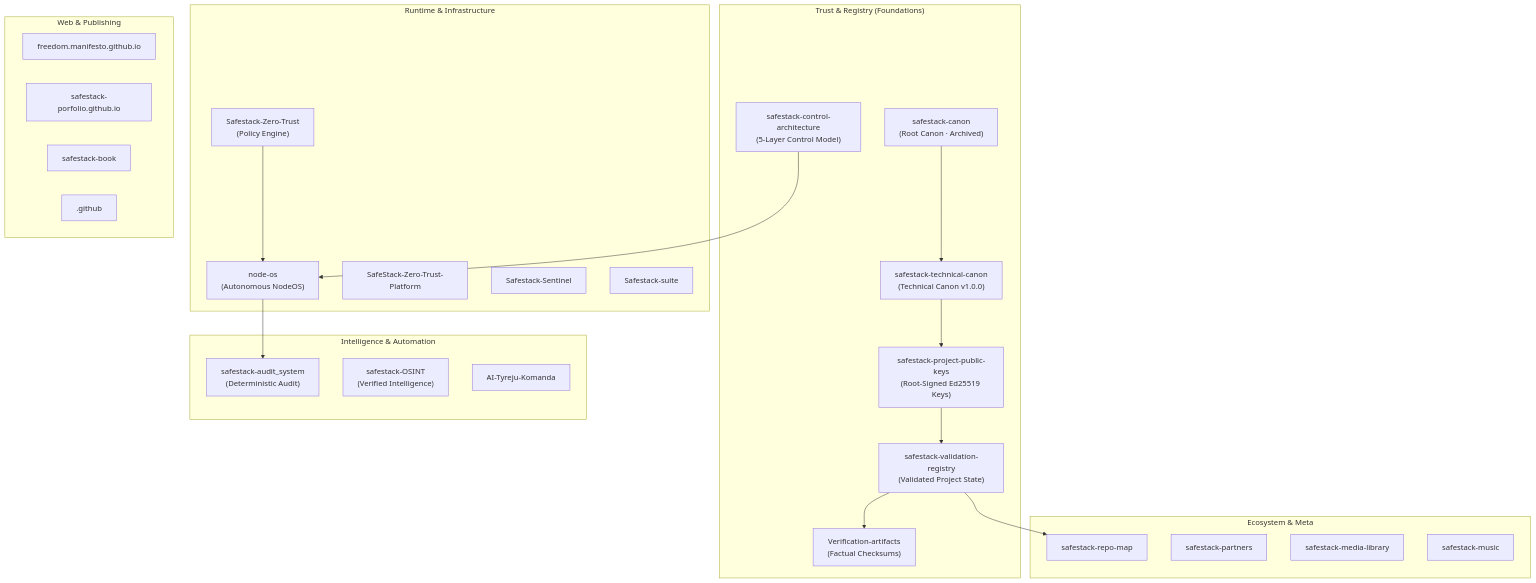
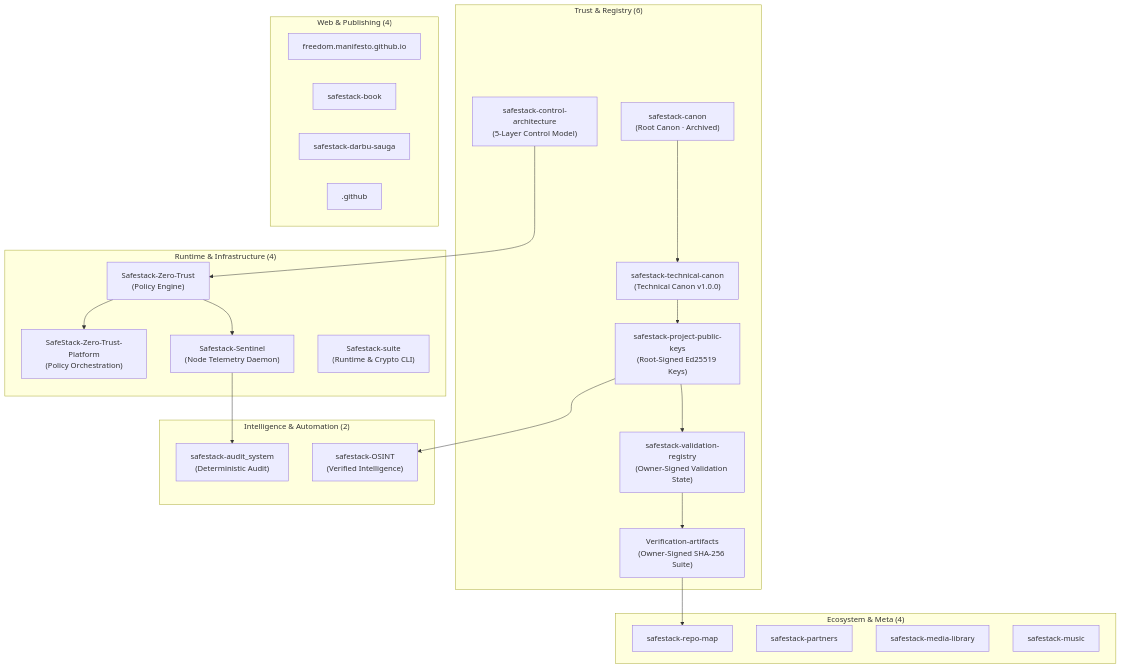
Before and after one commit to kibernetinio-saugumo-sprendimai/safestack-repo-map: the diagram in REPOSITORY_TREE.md, drawn with Mermaid. The commit also changed other lines of this file and 5 other files, not shown here.

````diff
--- a/REPOSITORY_TREE.md
+++ b/REPOSITORY_TREE.md
@@ -46,48 +44,48 @@
 ```mermaid
 flowchart TD
-  subgraph TRUST["Trust & Registry (Foundations)"]
+  subgraph TRUST["Trust & Registry (6)"]
     CANON["safestack-canon<br/>(Root Canon · Archived)"]
     TECH["safestack-technical-canon<br/>(Technical Canon v1.0.0)"]
     KEYS["safestack-project-public-keys<br/>(Root-Signed Ed25519 Keys)"]
-    VAL["safestack-validation-registry<br/>(Validated Project State)"]
-    VERIF["Verification-artifacts<br/>(Factual Checksums)"]
+    VAL["safestack-validation-registry<br/>(Owner-Signed Validation State)"]
+    VERIF["Verification-artifacts<br/>(Owner-Signed SHA-256 Suite)"]
     CTRL["safestack-control-architecture<br/>(5-Layer Control Model)"]
   end
 
-  subgraph RUNTIME["Runtime & Infrastructure"]
-    NODE["node-os<br/>(Autonomous NodeOS)"]
+  subgraph RUNTIME["Runtime & Infrastructure (4)"]
     ZT["Safestack-Zero-Trust<br/>(Policy Engine)"]
-    ZTP["SafeStack-Zero-Trust-Platform"]
-    SENT["Safestack-Sentinel"]
-    SUITE["Safestack-suite"]
+    ZTP["SafeStack-Zero-Trust-Platform<br/>(Policy Orchestration)"]
+    SENT["Safestack-Sentinel<br/>(Node Telemetry Daemon)"]
+    SUITE["Safestack-suite<br/>(Runtime & Crypto CLI)"]
   end
 
-  subgraph INTEL["Intelligence & Automation"]
+  subgraph INTEL["Intelligence & Automation (2)"]
     AUDIT["safestack-audit_system<br/>(Deterministic Audit)"]
     OSINT["safestack-OSINT<br/>(Verified Intelligence)"]
-    TYREJU["AI-Tyreju-Komanda"]
   end
 
-  subgraph WEB["Web & Publishing"]
+  subgraph WEB["Web & Publishing (4)"]
     MANI["freedom.manifesto.github.io"]
-    PORT["safestack-porfolio.github.io"]
     BOOK["safestack-book"]
+    DARBU["safestack-darbu-sauga"]
     GH[".github"]
   end
 
-  subgraph ECO["Ecosystem & Meta"]
+  subgraph ECO["Ecosystem & Meta (4)"]
     MAP["safestack-repo-map"]
     PART["safestack-partners"]
     MEDIA["safestack-media-library"]
     MUSIC["safestack-music"]
   end
 
   CANON --> TECH
   TECH --> KEYS
   KEYS --> VAL
   VAL --> VERIF
-  CTRL --> NODE
-  ZT --> NODE
-  NODE --> AUDIT
-  VAL --> MAP
+  CTRL --> ZT
+  ZT --> ZTP
+  ZT --> SENT
+  SENT --> AUDIT
+  KEYS --> OSINT
+  VERIF --> MAP
 ```
````
